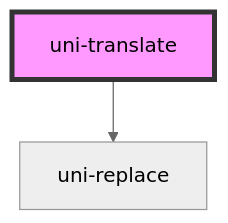
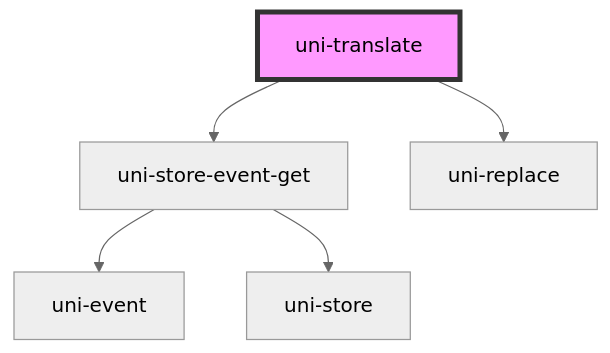
Before and after one commit to uiregex/uni-localize: the diagram in src/translate/components/@main/readme.md, drawn with Mermaid (neutral theme). The commit also changed other lines of this file and 6 other files, not shown here.

````diff
--- a/src/translate/components/@main/readme.md
+++ b/src/translate/components/@main/readme.md
@@ -28,5 +30,8 @@
 ```mermaid
 graph TD;
+  uni-translate --> uni-store-event-get
   uni-translate --> uni-replace
+  uni-store-event-get --> uni-event
+  uni-store-event-get --> uni-store
   style uni-translate fill:#f9f,stroke:#333,stroke-width:4px
 ```
````
